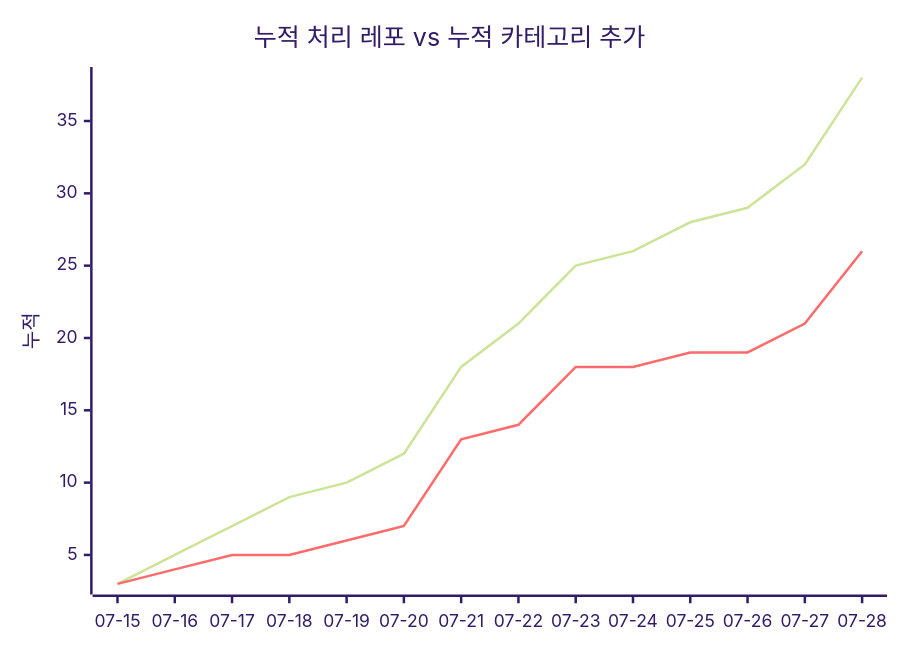
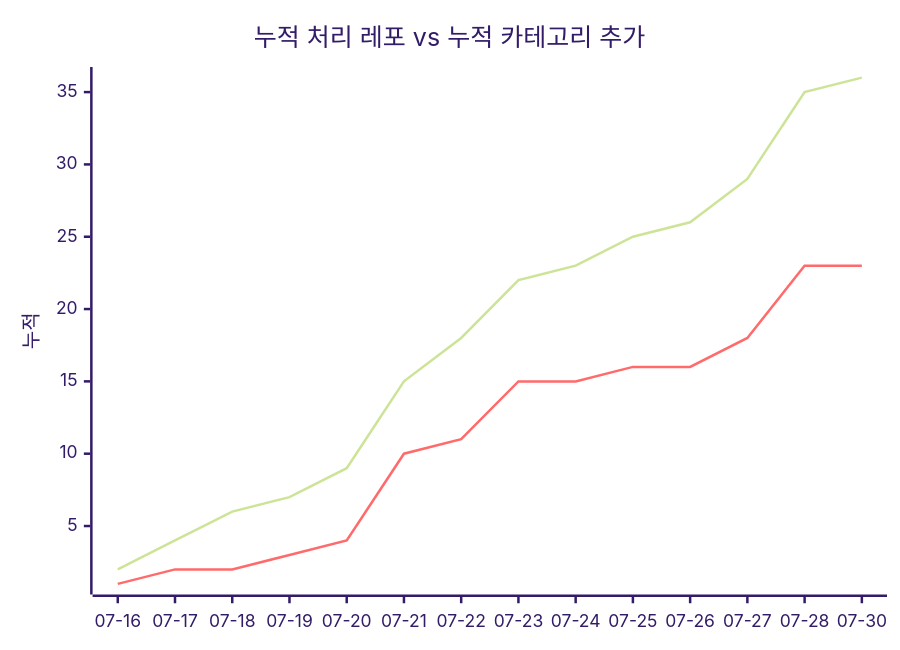
One commit to J-nowcow/awesome-korean-agent-skills changed the second of 2 diagrams in docs/trends.md. Above: the diagram before and after it, drawn with Mermaid (forest theme). The commit also changed other lines of this file and 27 other files, not shown here.

````diff
--- a/docs/trends.md
+++ b/docs/trends.md
@@ -68,8 +68,8 @@
 ```mermaid
 xychart-beta
     title "누적 처리 레포 vs 누적 카테고리 추가"
-    x-axis ["07-15","07-16","07-17","07-18","07-19","07-20","07-21","07-22","07-23","07-24","07-25","07-26","07-27","07-28"]
+    x-axis ["07-16","07-17","07-18","07-19","07-20","07-21","07-22","07-23","07-24","07-25","07-26","07-27","07-28","07-30"]
     y-axis "누적"
-    line [3,5,7,9,10,12,18,21,25,26,28,29,32,38]
-    line [3,4,5,5,6,7,13,14,18,18,19,19,21,26]
+    line [2,4,6,7,9,15,18,22,23,25,26,29,35,36]
+    line [1,2,2,3,4,10,11,15,15,16,16,18,23,23]
 ```
````
